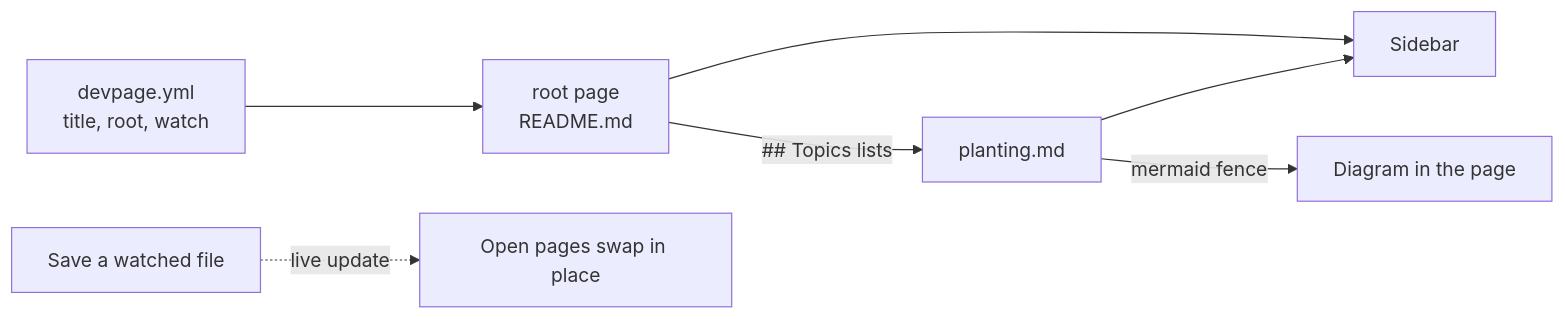
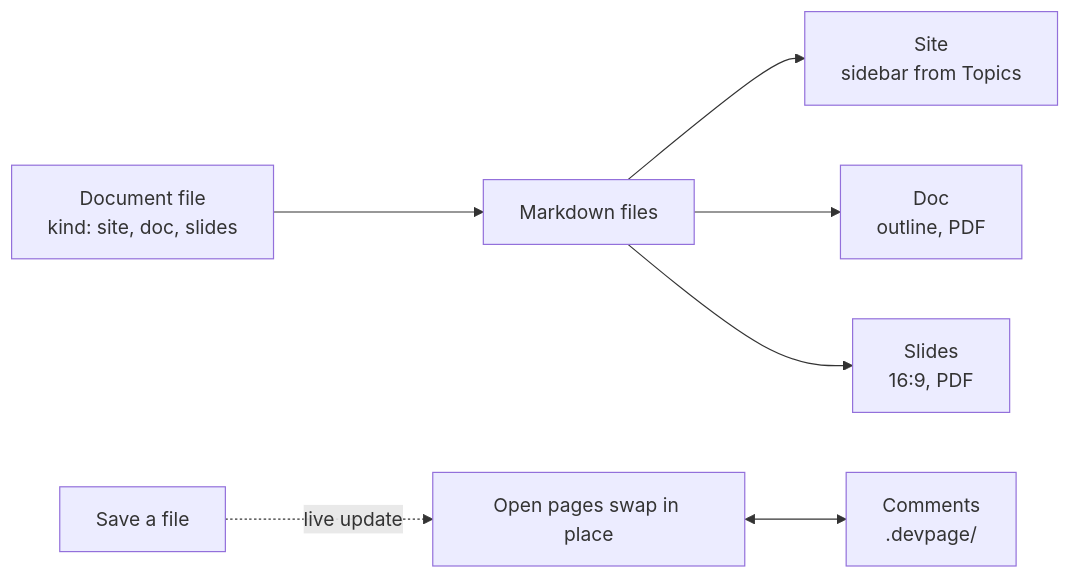
The diagram in docs/getting-started.md (andrei512/devpage), drawn with Mermaid before and after one commit. The commit also changed other lines of this file and 22 other files, not shown here.

First line of the commit message:
Design v0.1: three kinds of document, comments, link checking, PDF, deploying

````diff
--- a/docs/getting-started.md
+++ b/docs/getting-started.md
@@ -33,16 +41,15 @@
 ```mermaid
 flowchart LR
-  yml["devpage.yml<br/>title, root, watch"] --> root["root page<br/>README.md"]
-  root -->|"## Topics lists"| child["planting.md"]
-  root --> sidebar["Sidebar"]
-  child --> sidebar
-  child -->|"mermaid fence"| diagram["Diagram in the page"]
-  edit["Save a watched file"] -.->|"live update"| open["Open pages swap in place"]
+  yml["Document file<br/>kind: site, doc, slides"] --> pages["Markdown files"]
+  pages --> site["Site<br/>sidebar from Topics"]
+  pages --> doc["Doc<br/>outline, PDF"]
+  pages --> slides["Slides<br/>16:9, PDF"]
+  edit["Save a file"] -.->|"live update"| open["Open pages swap in place"]
+  open <--> comments["Comments<br/>.devpage/"]
   click yml href "./boxes/viewer/writing-a-document/README.md#the-document-file" "The document file"
-  click root href "./boxes/viewer/configuration-reference/README.md#root" "The root field"
-  click child href "#a-first-document-end-to-end" "The walkthrough below"
-  click sidebar href "./boxes/viewer/organizing-navigation/README.md" "How Topics build the sidebar"
-  click diagram href "./boxes/viewer/diagrams-and-themes/README.md" "Writing diagrams"
-  click edit href "./boxes/viewer/configuration-reference/README.md#watch" "Which files are watched"
+  click site href "./boxes/viewer/organizing-navigation/README.md" "How Topics build the sidebar"
+  click doc href "./boxes/viewer/writing-a-doc/README.md" "Writing a doc"
+  click slides href "./boxes/viewer/making-slides/README.md" "Making slides"
   click open href "./boxes/viewer/live-updates/README.md" "How open pages stay current"
+  click comments href "./boxes/viewer/comments/README.md" "Comments"
 ```
````
